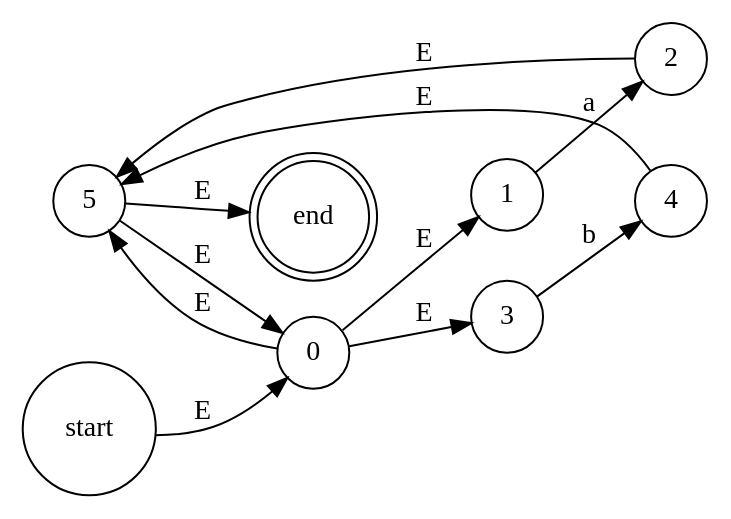
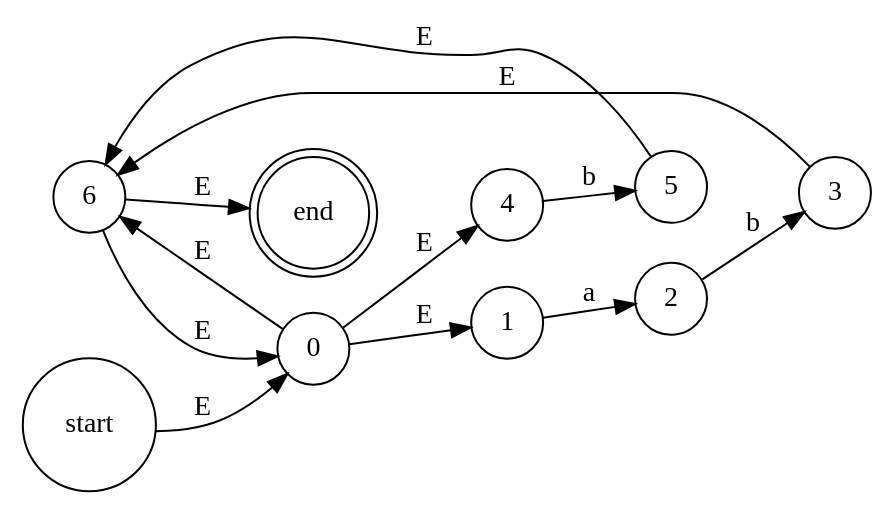
Before and after one commit to VictorRodriguez/Computational-Methods: the diagram in labs/02/nfa.gv, drawn with Graphviz. The commit also changed 1 other file, not shown here.

```diff
--- a/labs/02/nfa.gv
+++ b/labs/02/nfa.gv
@@ -1,16 +1,17 @@
 digraph G {
 	node [shape=doublecircle]
 	end
 	node [shape=circle]
 	rankdir=LR
+	4 -> 5 [label=b]
+	0 -> 1 [label=E]
+	6 -> 0 [label=E]
 	1 -> 2 [label=a]
-	0 -> 3 [label=E]
-	3 -> 4 [label=b]
-	4 -> 5 [label=E]
-	5 -> end [label=E]
-	5 -> 0 [label=E]
-	2 -> 5 [label=E]
+	3 -> 6 [label=E]
+	6 -> end [label=E]
+	0 -> 4 [label=E]
 	start -> 0 [label=E]
-	0 -> 5 [label=E]
-	0 -> 1 [label=E]
+	0 -> 6 [label=E]
+	2 -> 3 [label=b]
+	5 -> 6 [label=E]
 }
```
